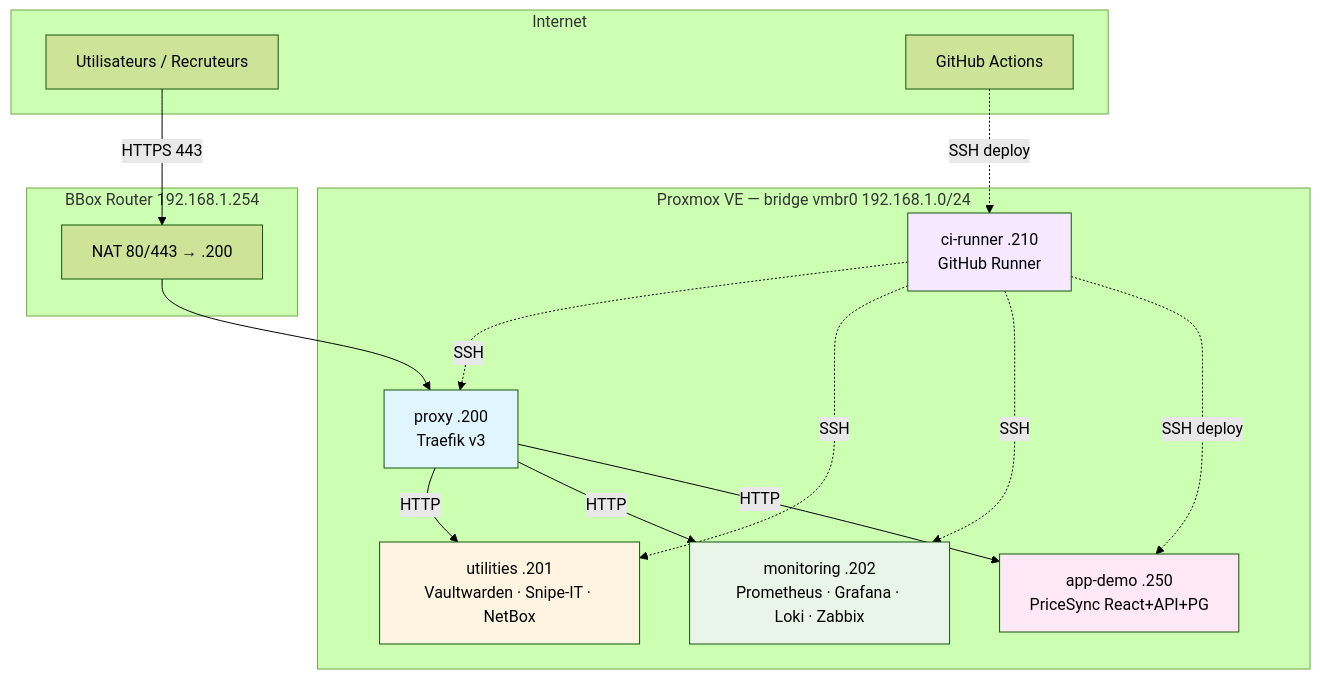
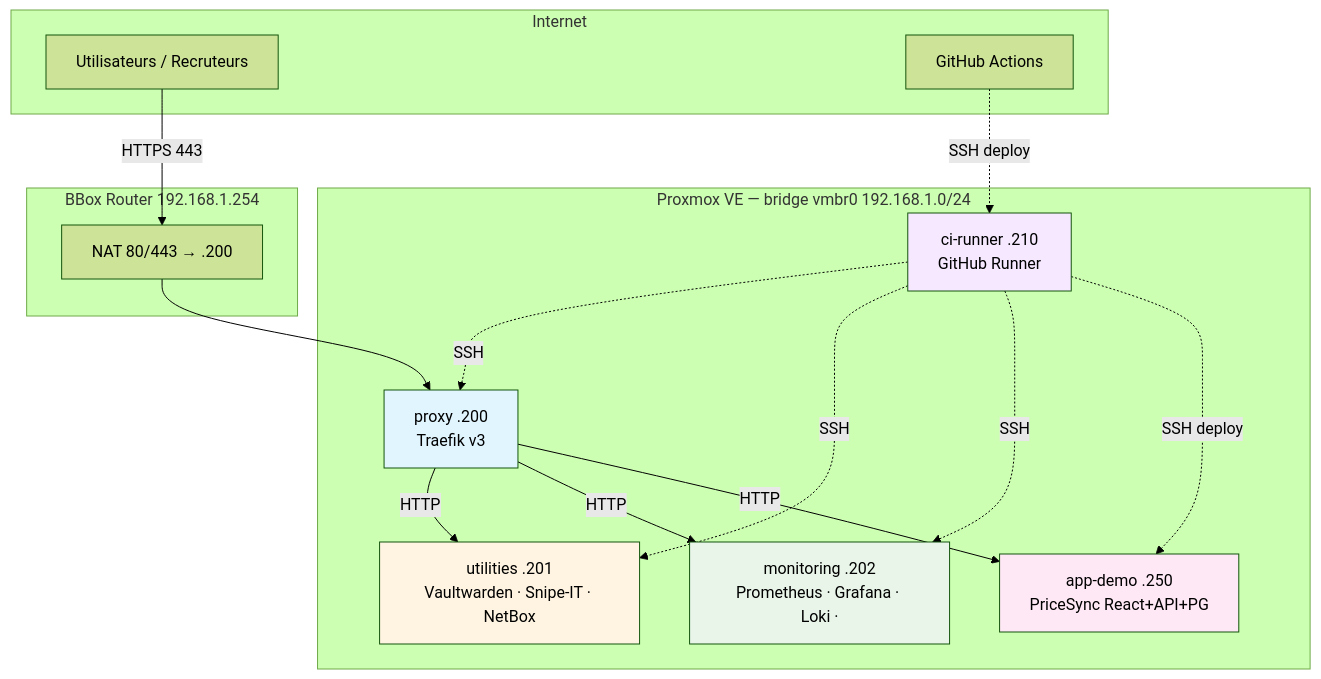
Before and after one commit to HibOOps/infra-oldevops: the first of 3 diagrams in docs/diagrams/README.md, drawn with Mermaid (forest theme). The commit also changed 39 other files, not shown here.

````diff
--- a/docs/diagrams/README.md
+++ b/docs/diagrams/README.md
@@ -31,37 +31,37 @@
 ```mermaid
 graph TB
     subgraph Internet
         Users[Utilisateurs / Recruteurs]
         GH[GitHub Actions]
     end
 
     subgraph "BBox Router 192.168.1.254"
         Router[NAT 80/443 → .200]
     end
 
     subgraph "Proxmox VE — bridge vmbr0 192.168.1.0/24"
         Proxy[proxy .200\nTraefik v3]
         Utils[utilities .201\nVaultwarden · Snipe-IT · NetBox]
-        Monitor[monitoring .202\nPrometheus · Grafana · Loki · Zabbix]
+        Monitor[monitoring .202\nPrometheus · Grafana · Loki ·]
         CIRunner[ci-runner .210\nGitHub Runner]
         AppDemo[app-demo .250\nPriceSync React+API+PG]
     end
 
     Users -->|HTTPS 443| Router
     Router --> Proxy
     GH -.->|SSH deploy| CIRunner
     CIRunner -.->|SSH| Proxy
     CIRunner -.->|SSH| Utils
     CIRunner -.->|SSH| Monitor
     CIRunner -.->|SSH deploy| AppDemo
 
     Proxy -->|HTTP| Utils
     Proxy -->|HTTP| Monitor
     Proxy -->|HTTP| AppDemo
 
     style Proxy fill:#e1f5ff
     style Utils fill:#fff4e1
     style Monitor fill:#e8f5e8
     style CIRunner fill:#f5e8ff
     style AppDemo fill:#ffe8f5
 ```
````
